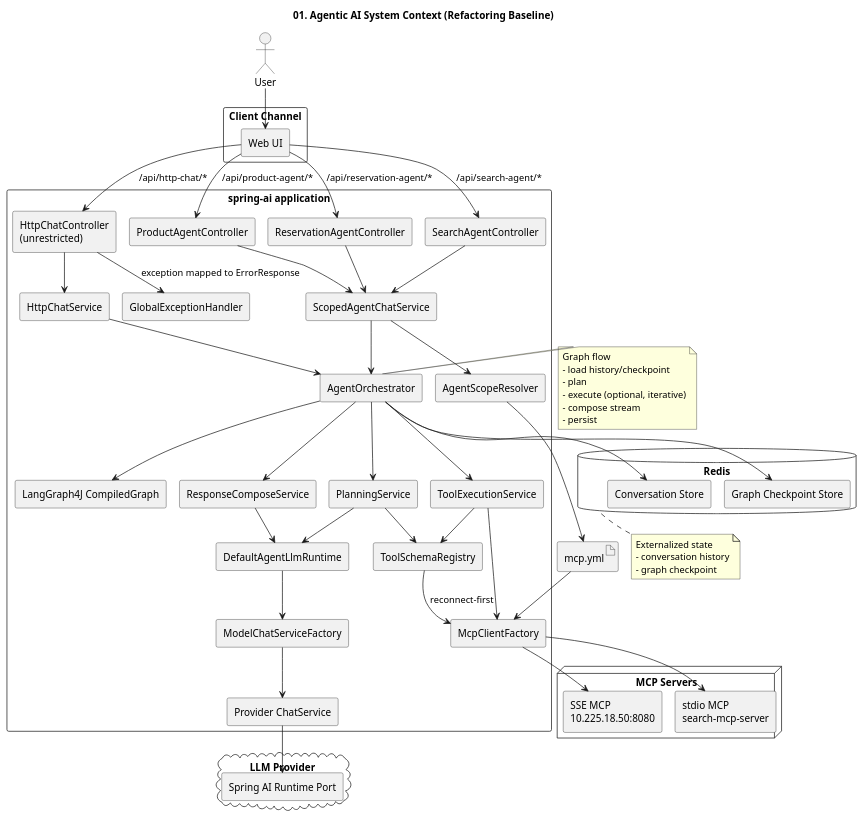
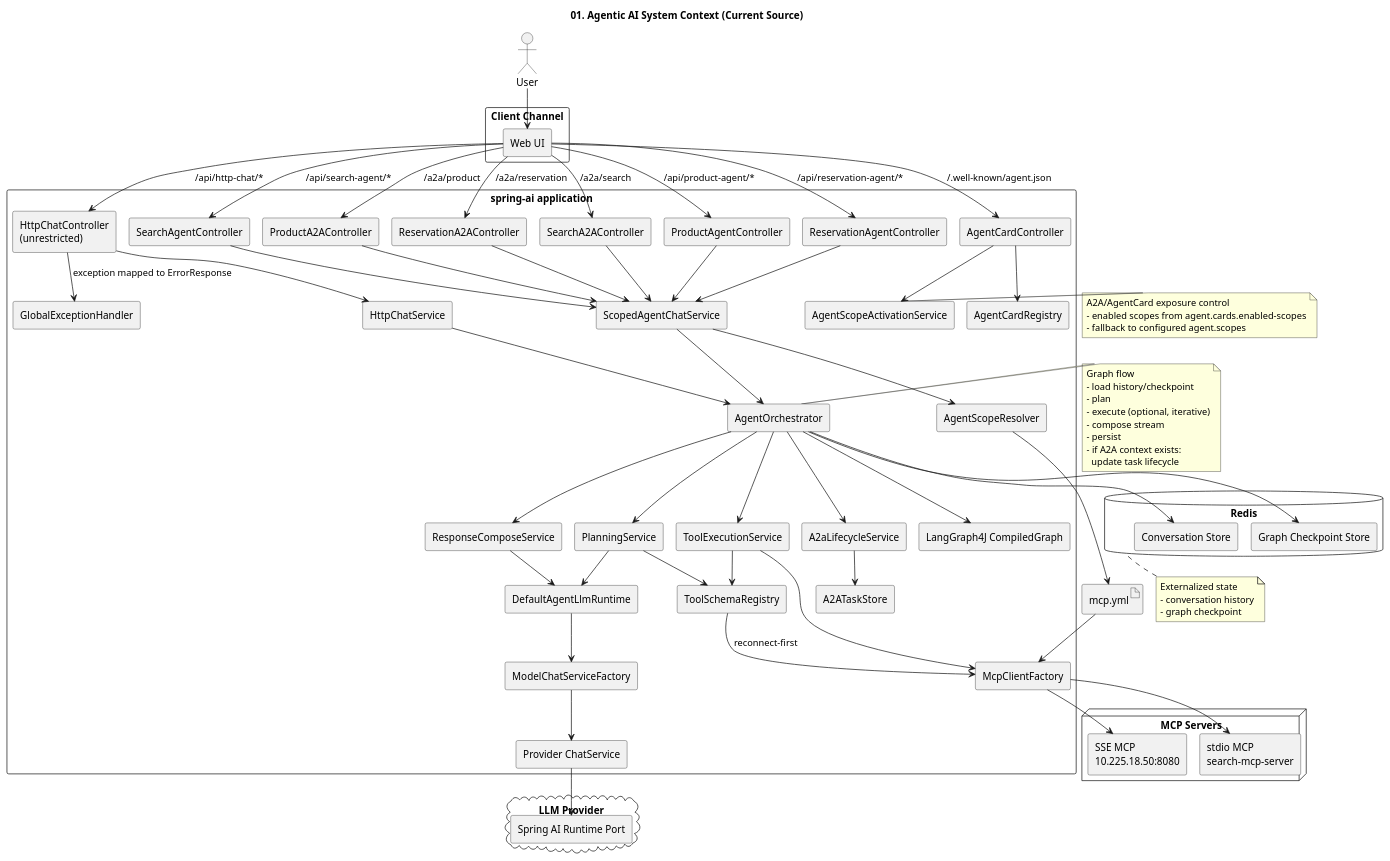
Before and after one commit to kim57uak/spring-ai: the diagram in documents/mcp-orchestrator-architecture/01-system-context.puml, drawn with PlantUML. The commit also changed 123 other files, not shown here.

```diff
--- a/documents/mcp-orchestrator-architecture/01-system-context.puml
+++ b/documents/mcp-orchestrator-architecture/01-system-context.puml
@@ -1,99 +1,126 @@
 @startuml
 !pragma layout smetana
-title 01. Agentic AI System Context (Refactoring Baseline)
+title 01. Agentic AI System Context (Current Source)
 
 skinparam shadowing false
 skinparam componentStyle rectangle
 
 actor User
 
 rectangle "Client Channel" {
   [Web UI] as WebUi
 }
 
 rectangle "spring-ai application" {
   [HttpChatController\n(unrestricted)] as HttpController
   [ProductAgentController] as ProductController
   [ReservationAgentController] as ReservationController
   [SearchAgentController] as SearchController
+  [ProductA2AController] as ProductA2AController
+  [ReservationA2AController] as ReservationA2AController
+  [SearchA2AController] as SearchA2AController
+  [AgentCardController] as AgentCardController
   [GlobalExceptionHandler] as Advice
   [HttpChatService] as HttpChatService
   [ScopedAgentChatService] as ScopedChatService
   [AgentScopeResolver] as ScopeResolver
+  [AgentScopeActivationService] as ScopeActivationService
   [AgentOrchestrator] as Orchestrator
   [LangGraph4J CompiledGraph] as StateGraph
   [PlanningService] as PlanningService
   [ToolExecutionService] as ToolExecutionService
   [ResponseComposeService] as ResponseComposeService
   [DefaultAgentLlmRuntime] as LlmRuntime
   [ModelChatServiceFactory] as ChatFactory
   [Provider ChatService] as ProviderChatService
   [McpClientFactory] as McpClientFactory
   [ToolSchemaRegistry] as ToolSchemaRegistry
+  [A2ATaskStore] as A2ATaskStore
+  [A2aLifecycleService] as A2aLifecycleService
+  [AgentCardRegistry] as AgentCardRegistry
 }
 
 database "Redis" as Redis {
   [Conversation Store] as ConversationStore
   [Graph Checkpoint Store] as CheckpointStore
 }
 
 cloud "LLM Provider" {
   [Spring AI Runtime Port] as SpringAiRuntime
 }
 
 node "MCP Servers" {
   [SSE MCP\n10.225.18.50:8080] as SseMcp
   [stdio MCP\nsearch-mcp-server] as StdioMcp
 }
 
 artifact "mcp.yml" as McpYml
 
 User --> WebUi
 WebUi --> HttpController : /api/http-chat/*
 WebUi --> ProductController : /api/product-agent/*
 WebUi --> ReservationController : /api/reservation-agent/*
 WebUi --> SearchController : /api/search-agent/*
+WebUi --> ProductA2AController : /a2a/product
+WebUi --> ReservationA2AController : /a2a/reservation
+WebUi --> SearchA2AController : /a2a/search
+WebUi --> AgentCardController : /.well-known/agent.json
 HttpController --> HttpChatService
 ProductController --> ScopedChatService
 ReservationController --> ScopedChatService
 SearchController --> ScopedChatService
+ProductA2AController --> ScopedChatService
+ReservationA2AController --> ScopedChatService
+SearchA2AController --> ScopedChatService
 ScopedChatService --> ScopeResolver
 ScopeResolver --> McpYml
+AgentCardController --> ScopeActivationService
+AgentCardController --> AgentCardRegistry
 HttpController --> Advice : exception mapped to ErrorResponse
 HttpChatService --> Orchestrator
 ScopedChatService --> Orchestrator
 Orchestrator --> StateGraph
 Orchestrator --> PlanningService
 Orchestrator --> ToolExecutionService
 Orchestrator --> ResponseComposeService
 Orchestrator --> ConversationStore
 Orchestrator --> CheckpointStore
+Orchestrator --> A2aLifecycleService
+A2aLifecycleService --> A2ATaskStore
 PlanningService --> LlmRuntime
 ResponseComposeService --> LlmRuntime
 LlmRuntime --> ChatFactory
 ChatFactory --> ProviderChatService
 ProviderChatService --> SpringAiRuntime
 ToolExecutionService --> McpClientFactory
 PlanningService --> ToolSchemaRegistry
 ToolExecutionService --> ToolSchemaRegistry
 ToolSchemaRegistry --> McpClientFactory : reconnect-first
 McpYml --> McpClientFactory
 McpClientFactory --> SseMcp
 McpClientFactory --> StdioMcp
 
 note right of Orchestrator
 Graph flow
 - load history/checkpoint
 - plan
 - execute (optional, iterative)
 - compose stream
 - persist
+- if A2A context exists:
+  update task lifecycle
+end note
+
+note right of ScopeActivationService
+A2A/AgentCard exposure control
+- enabled scopes from agent.cards.enabled-scopes
+- fallback to configured agent.scopes
 end note
 
 note bottom of Redis
 Externalized state
 - conversation history
 - graph checkpoint
 end note
 
 @enduml
```
